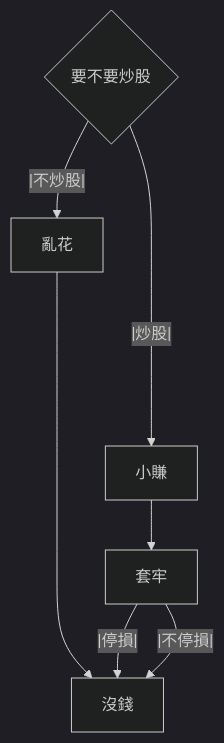
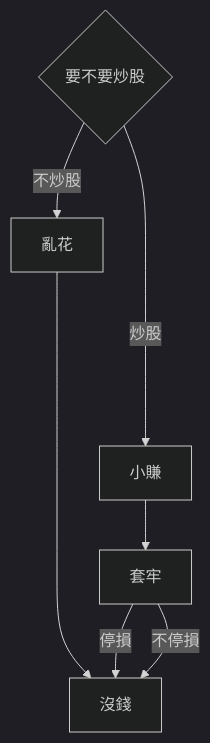
One commit to kuku0508/kuku_note_ver_2 changed the diagram in 知識/程式語言/Mermaid/語法/流程圖/連結目錄/連結的長度.md. Above: the diagram before and after it, drawn with Mermaid (dark theme). The commit also changed 1 other file, not shown here.

Commit message:
vault backup: 2025-04-25 17:36:06

````diff
--- a/知識/程式語言/Mermaid/語法/流程圖/連結目錄/連結的長度.md
+++ b/知識/程式語言/Mermaid/語法/流程圖/連結目錄/連結的長度.md
@@ -2,15 +2,15 @@
 ```mermaid
 flowchart TD
 A@{shape: diam, label: 要不要炒股}
 B[小賺]
 C[亂花]
 D[沒錢]
 E[套牢]
 
-A --|炒股|--> B
-A --|不炒股|--> C
+A --炒股--> B
+A --不炒股--> C
 C ------> D
 B --> E
-E --|停損|-->D
-E --|不停損|-->D
+E --停損-->D
+E --不停損-->D
 ```
````
